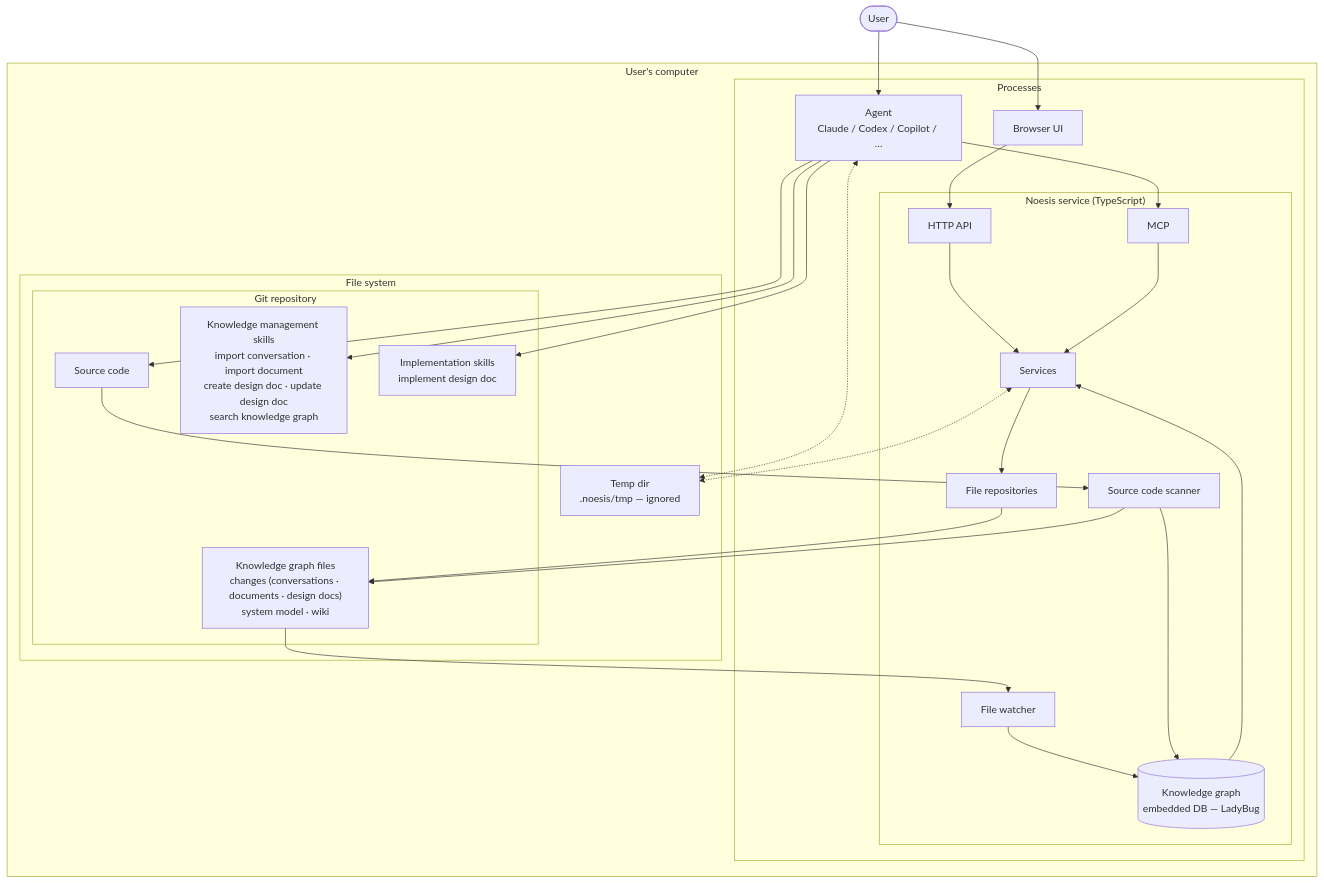
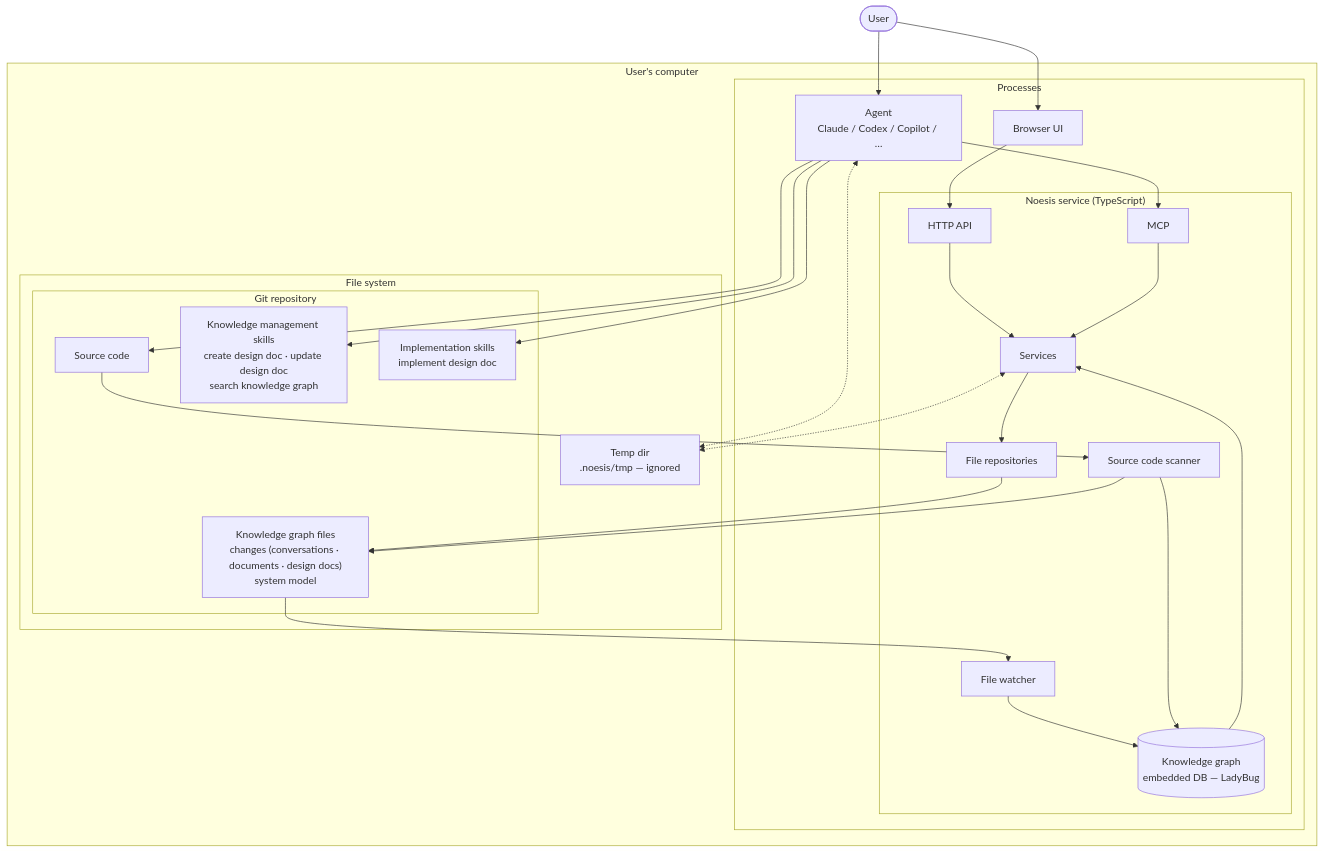
The diagram in docs/arch/ARCHITECTURE.md (NoesisVision/noesis), drawn with Mermaid before and after one commit. The commit also changed other lines of this file and 37 other files, not shown here.

First line of the commit message:
improvement(server): remove the wiki and the import tools

````diff
--- a/docs/arch/ARCHITECTURE.md
+++ b/docs/arch/ARCHITECTURE.md
@@ -13,50 +13,50 @@
 ```mermaid
 flowchart TB
     user([User])
 
     subgraph computer["User's computer"]
         subgraph processes["Processes"]
             ui["Browser UI"]
             agent["Agent<br/>Claude / Codex / Copilot / …"]
 
             subgraph noesis["Noesis service (TypeScript)"]
                 api["HTTP API"]
                 mcp["MCP"]
                 services["Services"]
                 kgdb[("Knowledge graph<br/>embedded DB — LadyBug")]
                 repos["File repositories"]
                 watcher["File watcher"]
                 scanner["Source code scanner"]
             end
         end
 
         subgraph filesystem["File system"]
             tmp["Temp dir<br/>.noesis/tmp — ignored"]
 
             subgraph repo["Git repository"]
                 src["Source code"]
-                kg["Knowledge graph files<br/>changes (conversations · documents · design docs)<br/>system model · wiki"]
-                kskills["Knowledge management skills<br/>import conversation · import document<br/>create design doc · update design doc<br/>search knowledge graph"]
+                kg["Knowledge graph files<br/>changes (conversations · documents · design docs)<br/>system model"]
+                kskills["Knowledge management skills<br/>create design doc · update design doc<br/>search knowledge graph"]
                 iskills["Implementation skills<br/>implement design doc"]
             end
         end
     end
 
     user --> ui
     user --> agent
 
     ui --> api --> services
     agent --> mcp --> services
     agent <-.-> tmp
     services <-.-> tmp
 
     agent --> kskills
     agent --> iskills
     agent --> src
 
     services --> repos --> kg
     kg --> watcher --> kgdb
     kgdb --> services
     src --> scanner --> kgdb
     scanner --> kg
 ```
````
